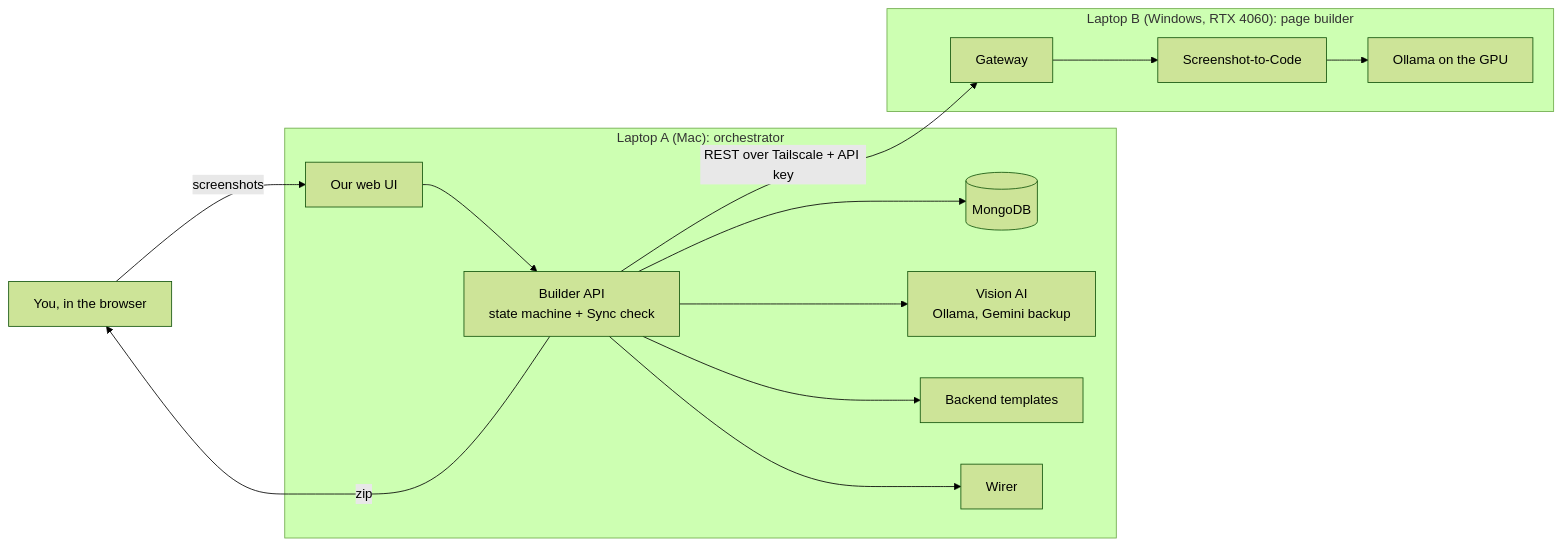
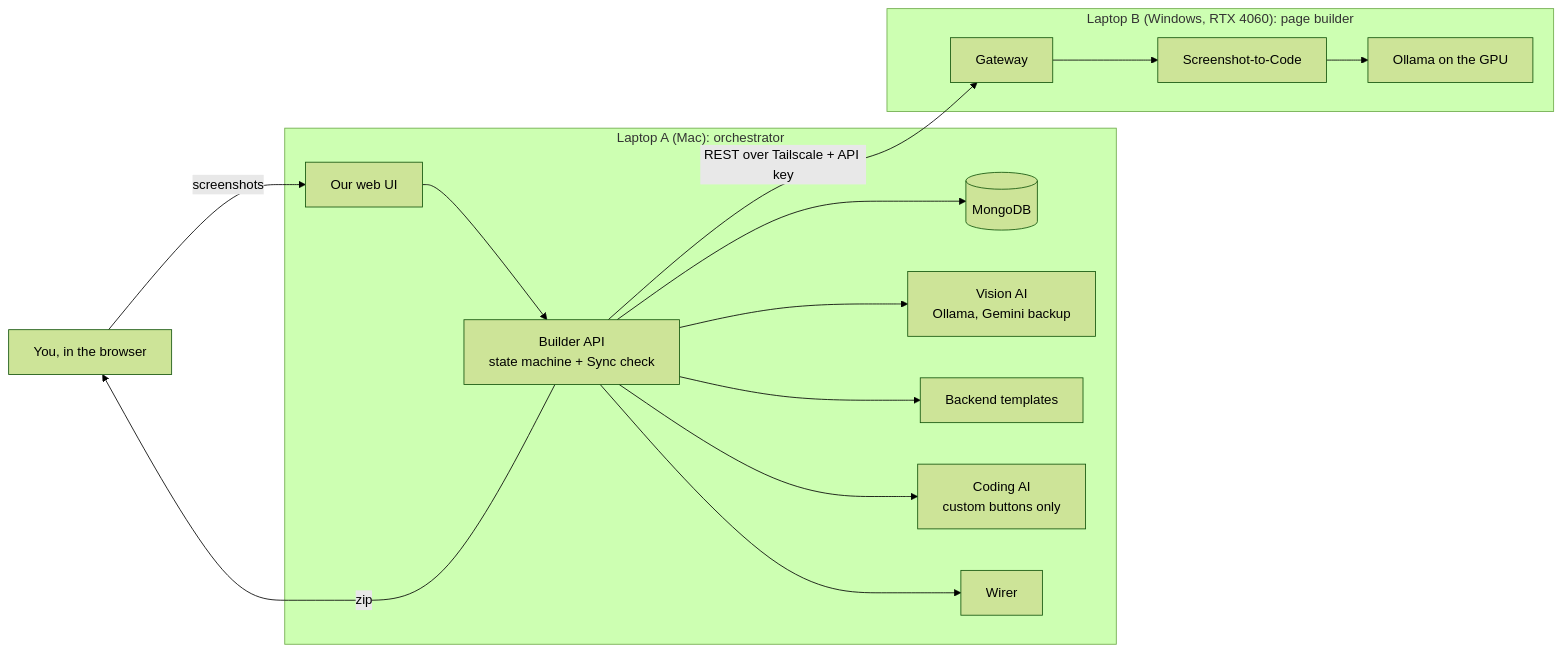
The diagram in README.md (vishesh2305/AndarKaCode), drawn with Mermaid (forest theme) before and after one commit. The commit also changed other lines of this file and 4 other files, not shown here.

Commit message:
docs: Step 13 evidence report, README (custom buttons, coding AI, Live with sample rows, counts, setup, config), plan (Step 13 done on the Mac; current step 14), .env.example and npm run eval:custom

````diff
--- a/README.md
+++ b/README.md
@@ -56,16 +56,17 @@
 ```mermaid
 flowchart LR
     U[You, in the browser] -->|screenshots| UI[Our web UI]
     subgraph A["Laptop A (Mac): orchestrator"]
         UI --> API[Builder API<br/>state machine + Sync check]
         API --> DB[(MongoDB)]
         API --> V[Vision AI<br/>Ollama, Gemini backup]
         API --> T[Backend templates]
+        API --> C[Coding AI<br/>custom buttons only]
         API --> W[Wirer]
     end
     subgraph B["Laptop B (Windows, RTX 4060): page builder"]
         GW[Gateway] --> S2C[Screenshot-to-Code] --> O[Ollama on the GPU]
     end
     API -->|REST over Tailscale + API key| GW
     API -->|zip| U
 ```
````
